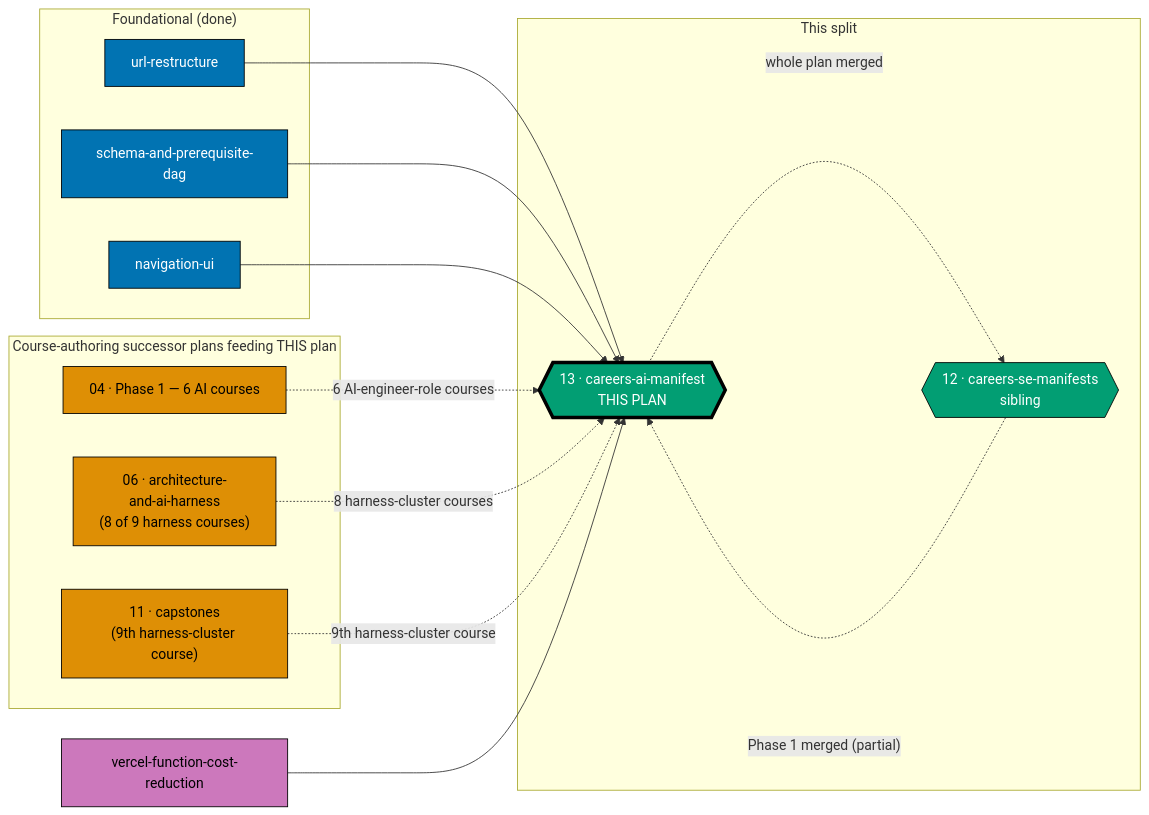
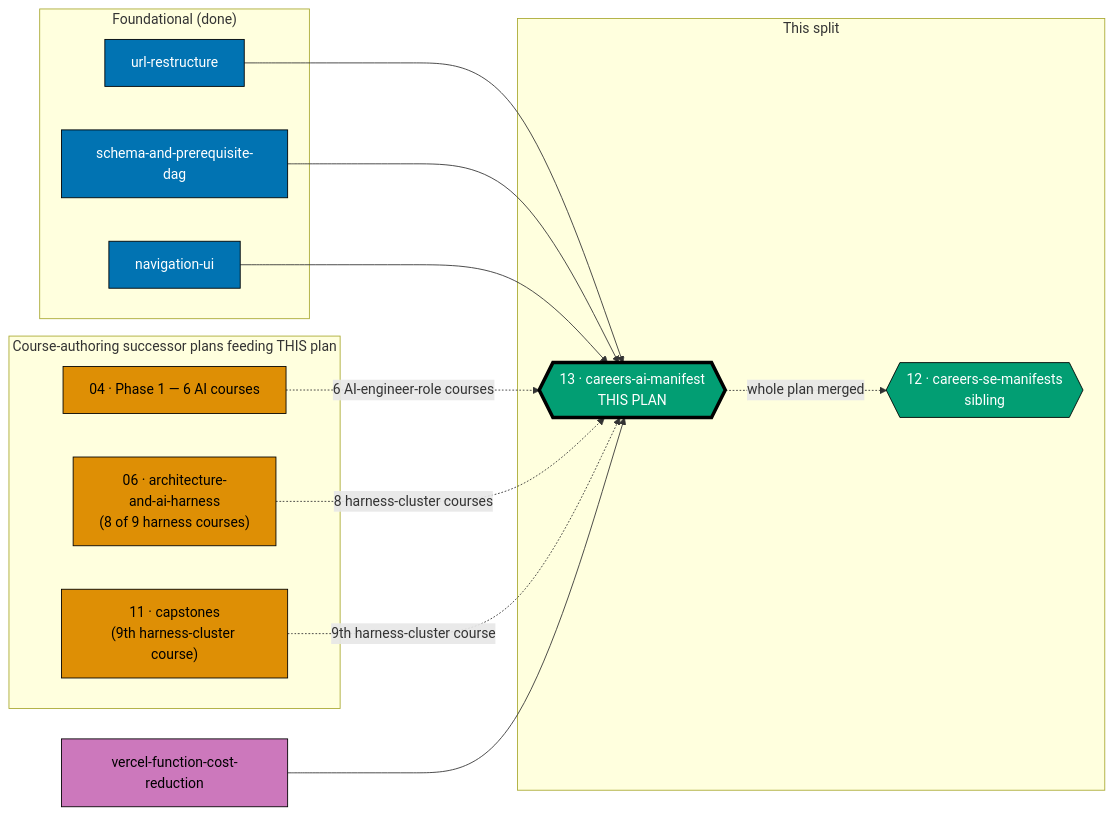
The second of 3 diagrams in plans/backlog/ayokoding-learning-path-13-careers-ai-manifest/README.md (wahidyankf/open-sharia-fintech), drawn with Mermaid before and after one commit. The commit also changed other lines of this file and 49 other files, not shown here.

````diff
--- a/plans/backlog/ayokoding-learning-path-13-careers-ai-manifest/README.md
+++ b/plans/backlog/ayokoding-learning-path-13-careers-ai-manifest/README.md
@@ -134,37 +117,36 @@
 ```mermaid
 %% Dependency position of this plan and its sibling within the programme.
 %% Node SHAPE encodes kind: rectangle = foundational/infra plan, stadium = course-authoring successor,
 %% hexagon = this split's two manifest plans.
 flowchart LR
     subgraph F["Foundational (done)"]
         P1["url-restructure"]:::done
         P2["schema-and-prerequisite-dag"]:::done
         P3["navigation-ui"]:::done
     end
     subgraph CA["Course-authoring successor plans feeding THIS plan"]
         CA1["04 · Phase 1 — 6 AI courses"]:::ca
         CA3["06 · architecture-<br/>and-ai-harness<br/>(8 of 9 harness courses)"]:::ca
         CA8["11 · capstones<br/>(9th harness-cluster course)"]:::ca
     end
     subgraph THIS["This split"]
         P12{{"12 · careers-se-manifests<br/>sibling"}}:::sibling
         P13{{"13 · careers-ai-manifest<br/>THIS PLAN"}}:::this
     end
     VFC["vercel-function-cost-reduction"]:::infra
 
     P1 --> P13
     P2 --> P13
     P3 --> P13
     CA1 -.->|"6 AI-engineer-role courses"| P13
     CA3 -.->|"8 harness-cluster courses"| P13
     CA8 -.->|"9th harness-cluster course"| P13
     VFC --> P13
-    P12 -.->|"Phase 1 merged (partial)"| P13
     P13 -.->|"whole plan merged"| P12
 
     classDef done fill:#0173B2,stroke:#000000,color:#FFFFFF
     classDef ca fill:#DE8F05,stroke:#000000,color:#000000
     classDef this fill:#029E73,stroke:#000000,color:#FFFFFF,stroke-width:4px
     classDef sibling fill:#029E73,stroke:#000000,color:#FFFFFF
     classDef infra fill:#CC78BC,stroke:#000000,color:#000000
 ```
````
